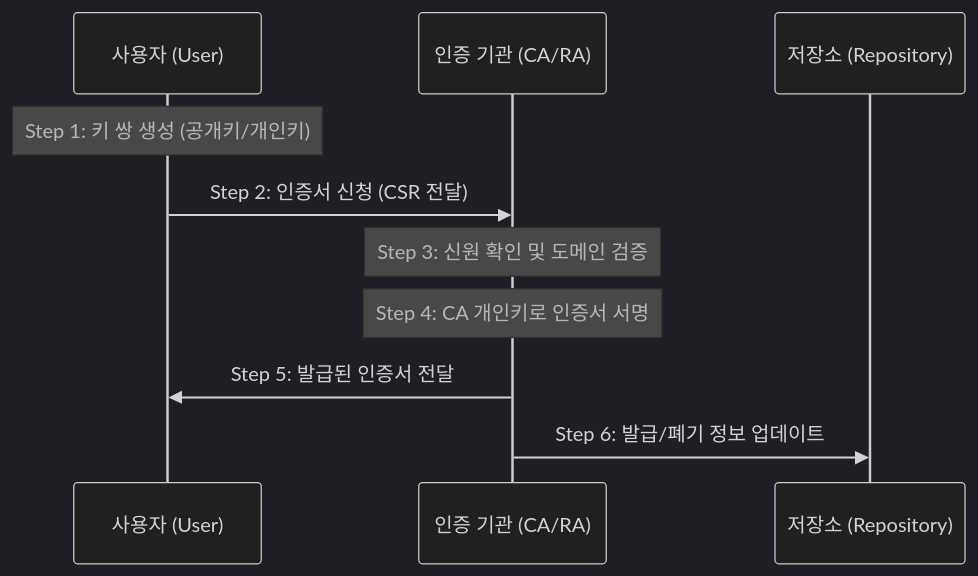
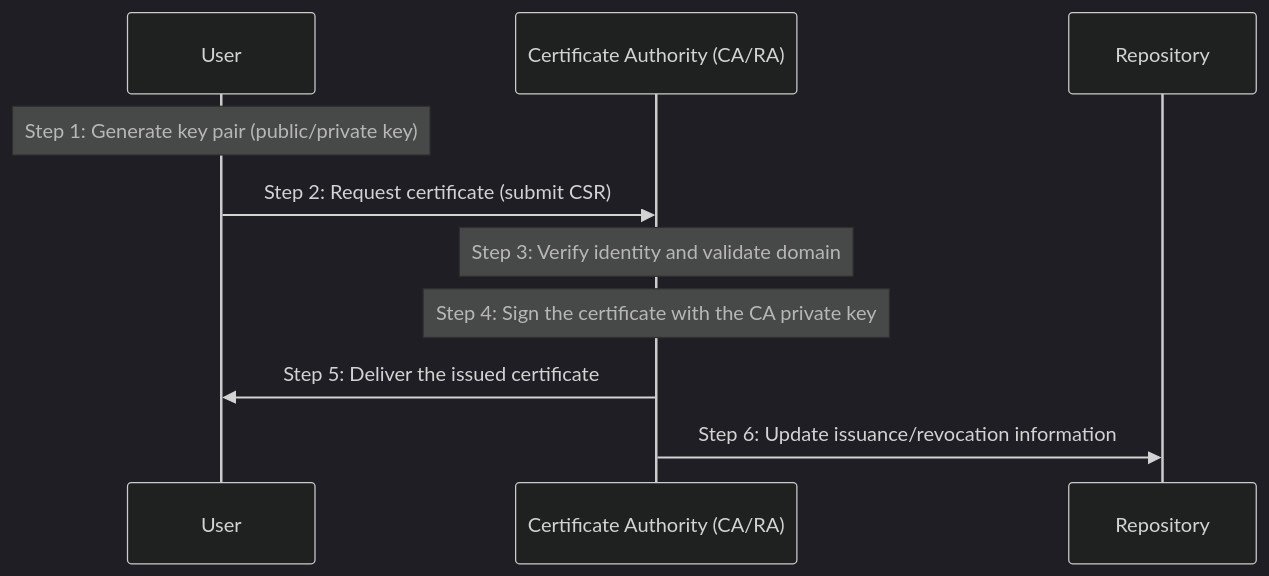
One commit to jeonck/k8s-adv changed the diagram in content/security/01-foundation/15-pki-and-x509.md. Above: the diagram before and after it, drawn with Mermaid (dark theme). The commit also changed other lines of this file and 223 other files, not shown here.

````diff
--- a/content/security/01-foundation/15-pki-and-x509.md
+++ b/content/security/01-foundation/15-pki-and-x509.md
@@ -30,13 +30,13 @@
 ```mermaid
 sequenceDiagram
-    participant U as 사용자 (User)
-    participant CA as 인증 기관 (CA/RA)
-    participant R as 저장소 (Repository)
+    participant U as User
+    participant CA as Certificate Authority (CA/RA)
+    participant R as Repository
     
-    Note over U: Step 1: 키 쌍 생성 (공개키/개인키)
-    U->>CA: Step 2: 인증서 신청 (CSR 전달)
-    Note over CA: Step 3: 신원 확인 및 도메인 검증
-    Note over CA: Step 4: CA 개인키로 인증서 서명
-    CA->>U: Step 5: 발급된 인증서 전달
-    CA->>R: Step 6: 발급/폐기 정보 업데이트
+    Note over U: Step 1: Generate key pair (public/private key)
+    U->>CA: Step 2: Request certificate (submit CSR)
+    Note over CA: Step 3: Verify identity and validate domain
+    Note over CA: Step 4: Sign the certificate with the CA private key
+    CA->>U: Step 5: Deliver the issued certificate
+    CA->>R: Step 6: Update issuance/revocation information
 ```
````
